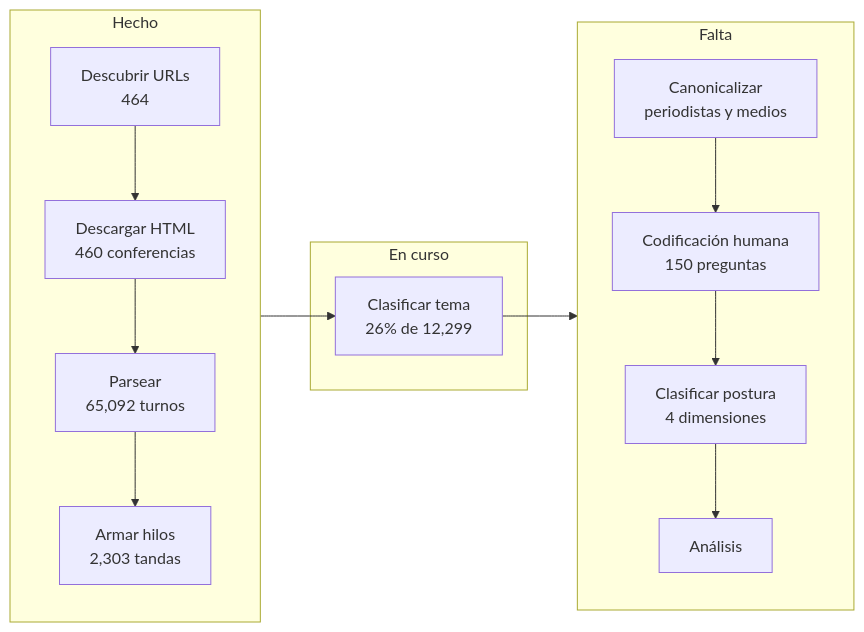
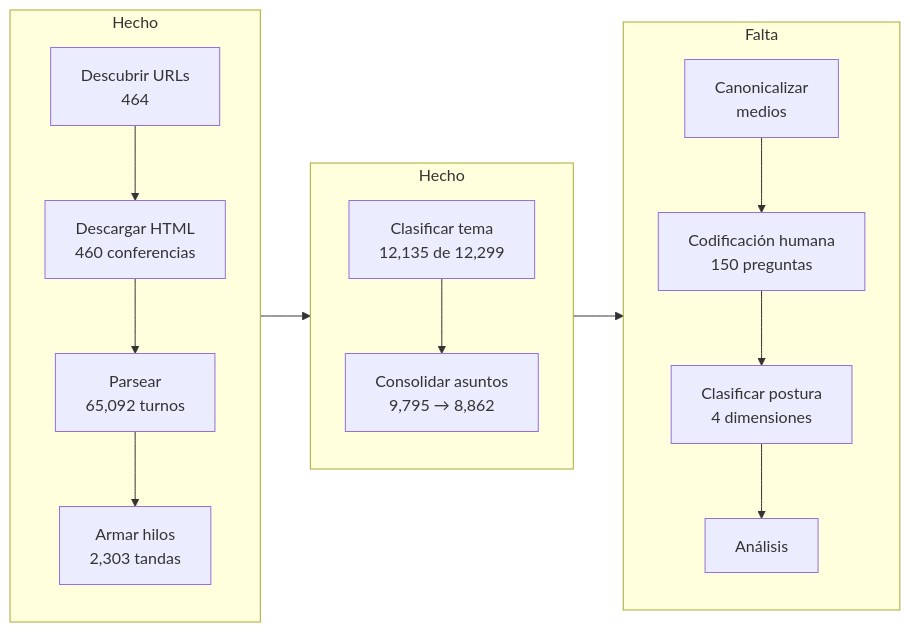
The first of 5 diagrams in README.md (jmtoral/preguntas-mananera), drawn with Mermaid before and after one commit. The commit also changed other lines of this file and 5 other files, not shown here.

````diff
--- a/README.md
+++ b/README.md
@@ -13,21 +13,23 @@
 ```mermaid
 flowchart LR
     subgraph hecho ["Hecho"]
         direction TB
         A["Descubrir URLs<br/>464"] --> B["Descargar HTML<br/>460 conferencias"]
         B --> C["Parsear<br/>65,092 turnos"]
         C --> D["Armar hilos<br/>2,303 tandas"]
     end
-    subgraph curso ["En curso"]
-        E["Clasificar tema<br/>26% de 12,299"]
+    subgraph hecho2 ["Hecho"]
+        direction TB
+        E["Clasificar tema<br/>12,135 de 12,299"] --> E2["Consolidar asuntos<br/>9,795 → 8,862"]
     end
     subgraph falta ["Falta"]
         direction TB
-        F["Canonicalizar<br/>periodistas y medios"]
+        F["Canonicalizar<br/>medios"]
         G["Codificación humana<br/>150 preguntas"]
         H["Clasificar postura<br/>4 dimensiones"]
         I["Análisis"]
         F --> G --> H --> I
     end
-    D --> E --> F
+    D --> E
+    E2 --> F
 ```
````
